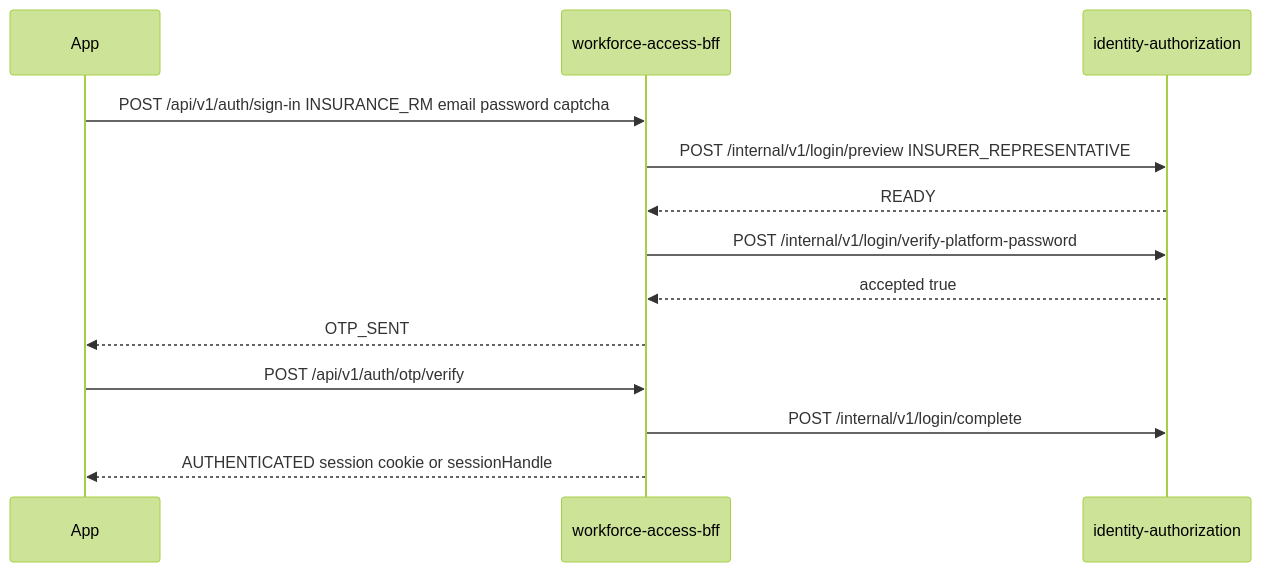
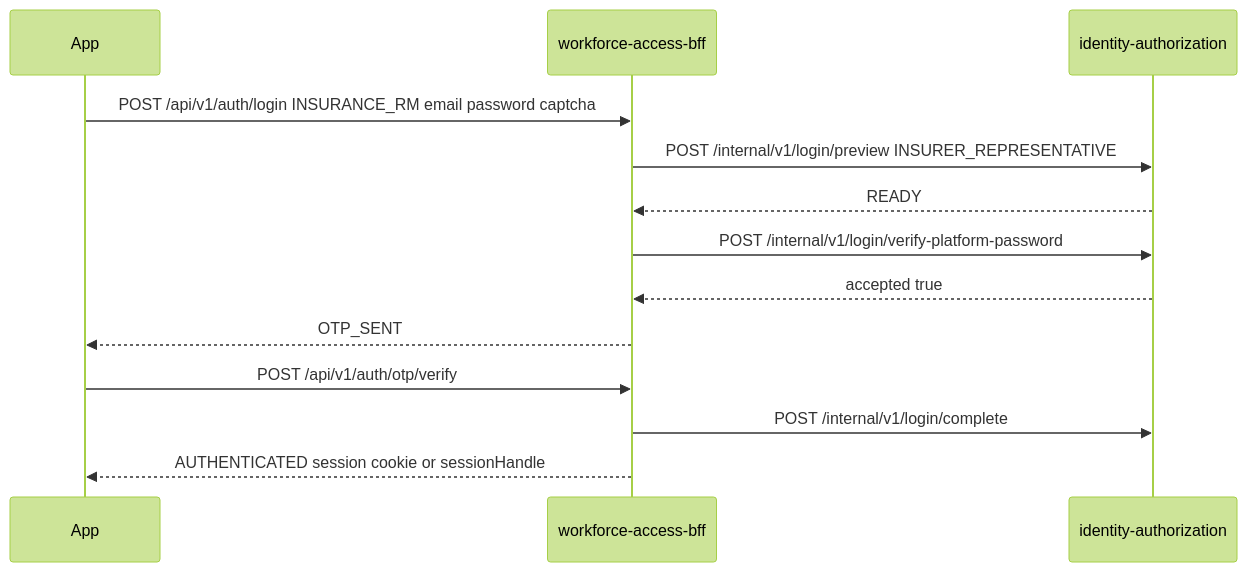
Before and after one commit to Mahesh38/bank-insurance-platform: the fourth of 9 diagrams in docs/journey-execution/flows/LOGIN-BRD-V31-API-FLOWS.md, drawn with Mermaid (forest theme). The commit also changed other lines of this file and 29 other files, not shown here.

First line of the commit message:
SUG-20261028-1lg — one Login BRD auth surface (retire IAM-001 dual login) (#165)

````diff
--- a/docs/journey-execution/flows/LOGIN-BRD-V31-API-FLOWS.md
+++ b/docs/journey-execution/flows/LOGIN-BRD-V31-API-FLOWS.md
@@ -171,15 +172,15 @@
 ```mermaid
 sequenceDiagram
   participant App
   participant BFF as workforce-access-bff
   participant Authz as identity-authorization
-  App->>BFF: POST /api/v1/auth/sign-in INSURANCE_RM email password captcha
+  App->>BFF: POST /api/v1/auth/login INSURANCE_RM email password captcha
   BFF->>Authz: POST /internal/v1/login/preview INSURER_REPRESENTATIVE
   Authz-->>BFF: READY
   BFF->>Authz: POST /internal/v1/login/verify-platform-password
   Authz-->>BFF: accepted true
   BFF-->>App: OTP_SENT
   App->>BFF: POST /api/v1/auth/otp/verify
   BFF->>Authz: POST /internal/v1/login/complete
   BFF-->>App: AUTHENTICATED session cookie or sessionHandle
 ```
````
